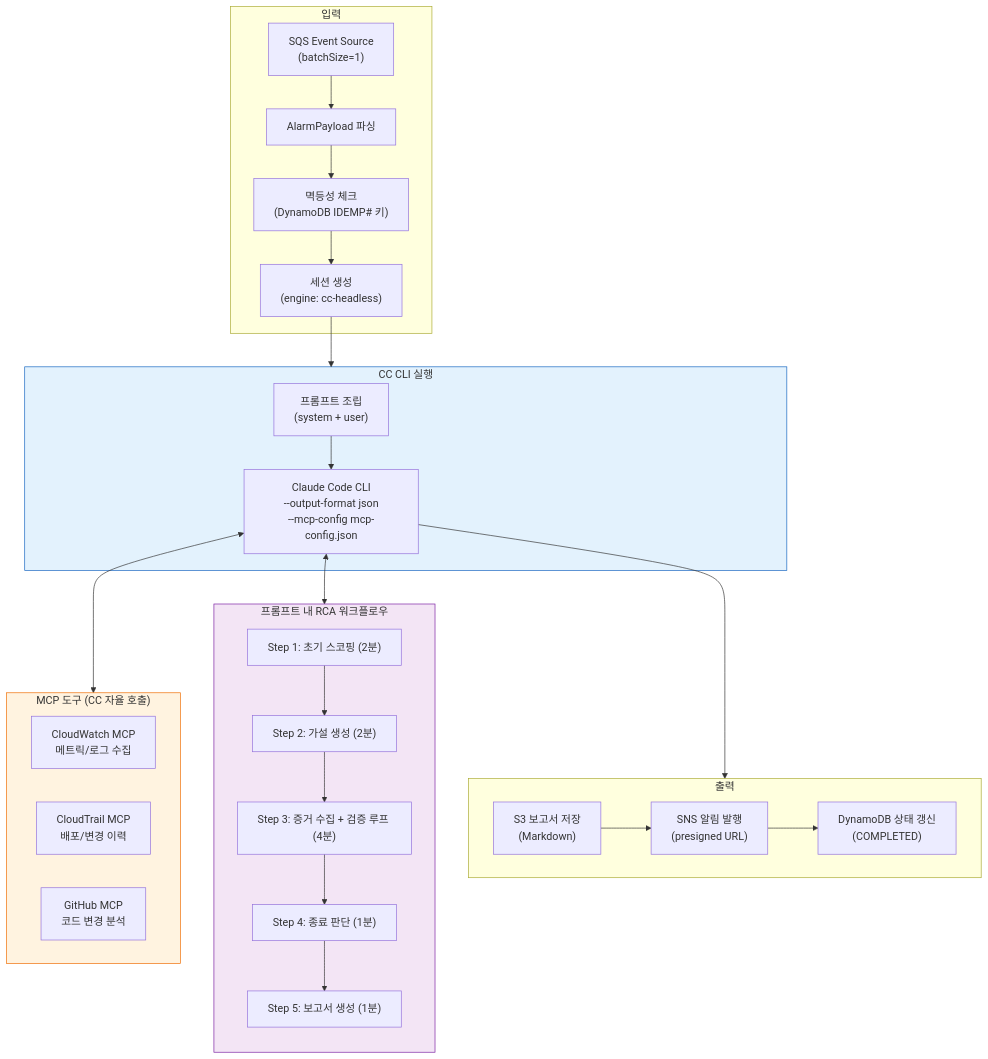
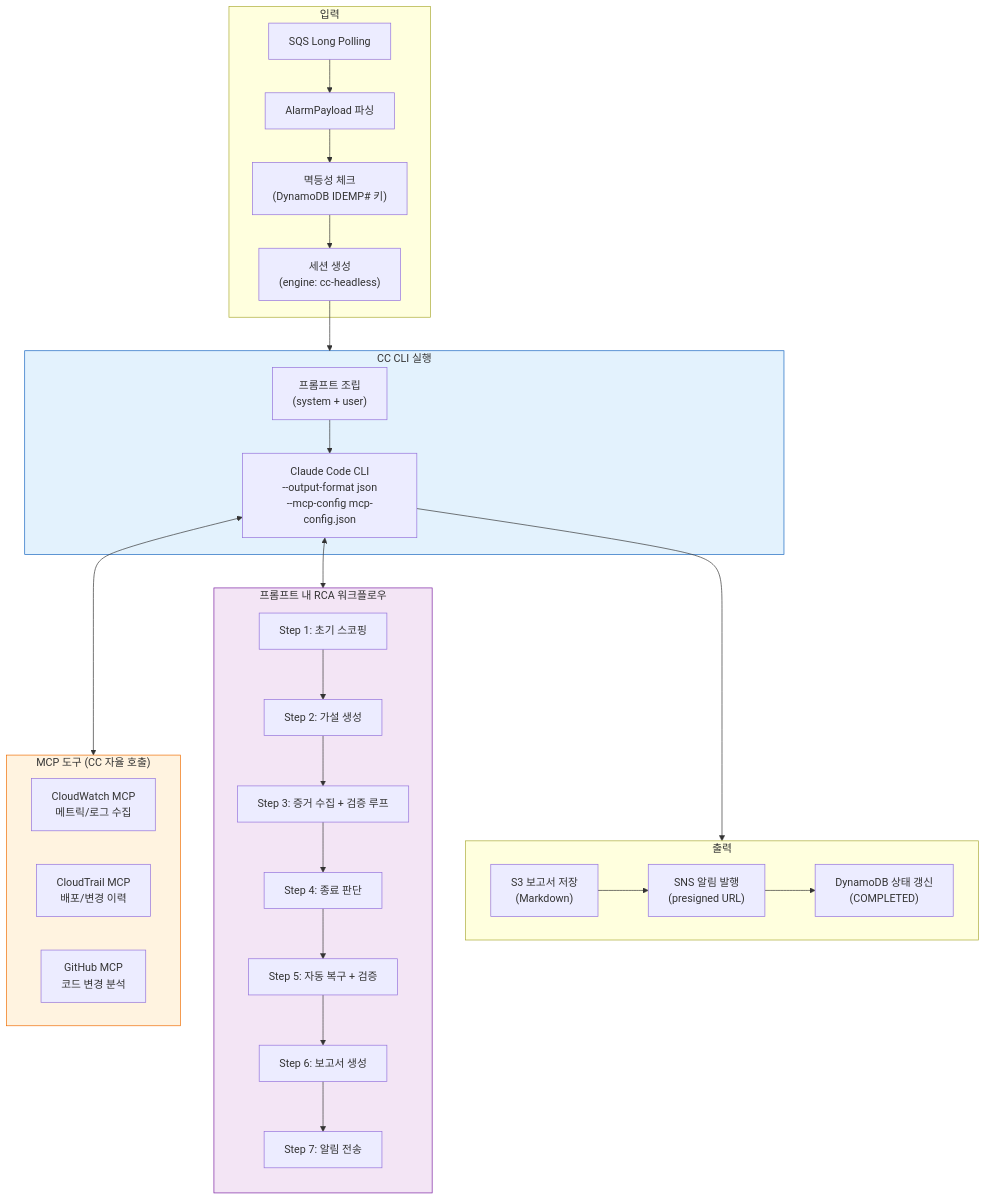
Before and after one commit to haandol/rca-agent: the second of 7 diagrams in docs/architecture-and-demo-flow.md, drawn with Mermaid. The commit also changed other lines of this file and 2 other files, not shown here.

Commit message:
docs: README 시크릿 설정·인프라 배포 섹션 추가, CC Headless Lambda→Fargate 반영
- README: 사전 요구사항, 시크릿 등록(setup-github-secrets.sh), 인프라 배포(.toml 설정 + cdk deploy), 스택 구성 테이블 추가
- README: CC Headless 설명을 Lambda에서 ECS Fargate로 업데이트, 중복 Lambda Stack 섹션 제거
- architecture-and-demo-flow: CC Headless 데이터 플로우·상태 전이·모델 매핑을 Fargate 기준으로 수정
- system-guide-for-ops: Lambda 참조 전체를 ECS Fargate로 일괄 변경 (아키텍처, 비교표, 흐름도, 체크리스트)

````diff
--- a/docs/architecture-and-demo-flow.md
+++ b/docs/architecture-and-demo-flow.md
@@ -127,48 +127,50 @@
 ```mermaid
 flowchart TD
     subgraph Input["입력"]
-        SQS["SQS Event Source<br/>(batchSize=1)"]
+        SQS["SQS Long Polling"]
         PARSE["AlarmPayload 파싱"]
         DEDUP["멱등성 체크<br/>(DynamoDB IDEMP# 키)"]
         SESSION["세션 생성<br/>(engine: cc-headless)"]
         SQS --> PARSE --> DEDUP --> SESSION
     end
 
     subgraph CCExec["CC CLI 실행"]
         PROMPT["프롬프트 조립<br/>(system + user)"]
         CC["Claude Code CLI<br/>--output-format json<br/>--mcp-config mcp-config.json"]
         PROMPT --> CC
     end
 
     subgraph MCPTools["MCP 도구 (CC 자율 호출)"]
         CW["CloudWatch MCP<br/>메트릭/로그 수집"]
         CT["CloudTrail MCP<br/>배포/변경 이력"]
         GH["GitHub MCP<br/>코드 변경 분석"]
     end
 
     subgraph RCA["프롬프트 내 RCA 워크플로우"]
         direction TB
-        STEP1["Step 1: 초기 스코핑 (2분)"]
-        STEP2["Step 2: 가설 생성 (2분)"]
-        STEP3["Step 3: 증거 수집 + 검증 루프 (4분)"]
-        STEP4["Step 4: 종료 판단 (1분)"]
-        STEP5["Step 5: 보고서 생성 (1분)"]
-        STEP1 --> STEP2 --> STEP3 --> STEP4 --> STEP5
+        STEP1["Step 1: 초기 스코핑"]
+        STEP2["Step 2: 가설 생성"]
+        STEP3["Step 3: 증거 수집 + 검증 루프"]
+        STEP4["Step 4: 종료 판단"]
+        STEP5["Step 5: 자동 복구 + 검증"]
+        STEP6["Step 6: 보고서 생성"]
+        STEP7["Step 7: 알림 전송"]
+        STEP1 --> STEP2 --> STEP3 --> STEP4 --> STEP5 --> STEP6 --> STEP7
     end
 
     subgraph Output["출력"]
         S3_REPORT["S3 보고서 저장<br/>(Markdown)"]
         SNS_NOTIFY["SNS 알림 발행<br/>(presigned URL)"]
         DDB_COMPLETE["DynamoDB 상태 갱신<br/>(COMPLETED)"]
         S3_REPORT --> SNS_NOTIFY --> DDB_COMPLETE
     end
 
     SESSION --> CCExec
     CC <--> MCPTools
     CC <--> RCA
     CC --> Output
 
     style CCExec fill:#e3f2fd,stroke:#1565c0
     style RCA fill:#f3e5f5,stroke:#7b1fa2
     style MCPTools fill:#fff3e0,stroke:#ef6c00
 ```
````
